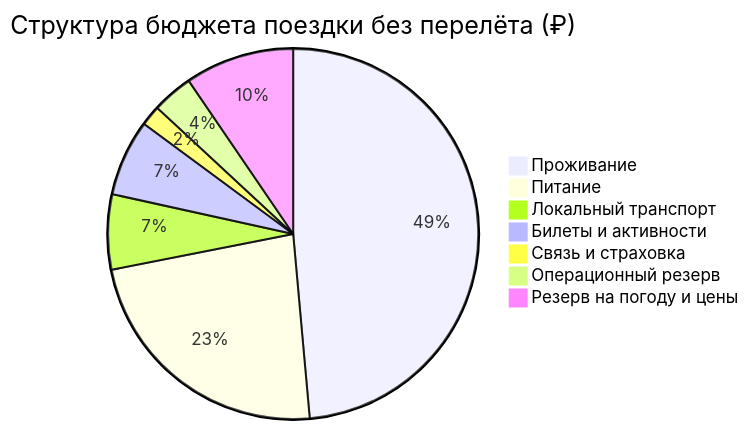
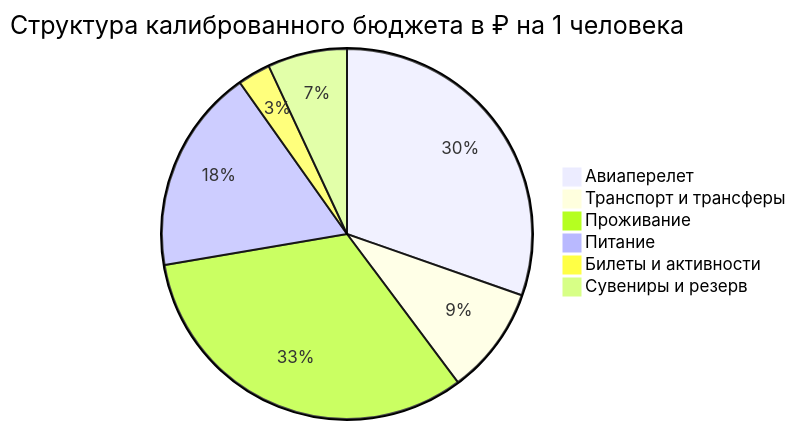
The diagram in Personal Note/Travel/-- Владивосток/04 - Финансы/Финансы.md (injurka/obsidian-mark), drawn with Mermaid before and after one commit. The commit also changed other lines of this file and 75 other files, not shown here.

````diff
--- a/Personal Note/Travel/-- Владивосток/04 - Финансы/Финансы.md
+++ b/Personal Note/Travel/-- Владивосток/04 - Финансы/Финансы.md
@@ -19,10 +11,9 @@
 ```mermaid
-pie title Структура бюджета поездки без перелёта (₽)
-    "Проживание" : 40800
-    "Питание" : 19600
-    "Локальный транспорт" : 5500
-    "Билеты и активности" : 5600
-    "Связь и страховка" : 1500
-    "Операционный резерв" : 3000
-    "Резерв на погоду и цены" : 8000
+pie title Структура калиброванного бюджета в ₽ на 1 человека
+    "Авиаперелет" : 35000
+    "Транспорт и трансферы" : 10850
+    "Проживание" : 37500
+    "Питание" : 20600
+    "Билеты и активности" : 3300
+    "Сувениры и резерв" : 8000
 ```
````
